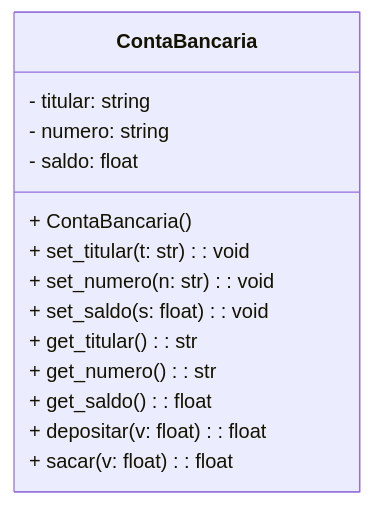
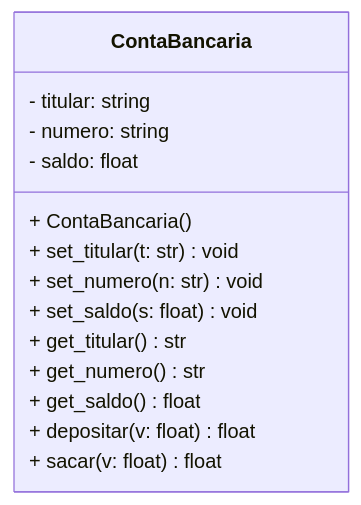
Before and after one commit to anabs-escolar/poo-atividades: the diagram in lista-poo-02/uml/03.md, drawn with Mermaid.

Commit message:
docs: corrige dois pontos

````diff
--- a/lista-poo-02/uml/03.md
+++ b/lista-poo-02/uml/03.md
@@ -3,17 +3,17 @@
 ```mermaid
 classDiagram
     class ContaBancaria {
         - titular: string
         - numero: string
         - saldo: float
         + ContaBancaria()
-        + set_titular(t: str): void
-        + set_numero(n: str): void
-        + set_saldo(s: float): void
-        + get_titular(): str
-        + get_numero(): str
-        + get_saldo(): float
-        + depositar(v: float): float
-        + sacar(v: float): float
+        + set_titular(t: str) void
+        + set_numero(n: str) void
+        + set_saldo(s: float) void
+        + get_titular() str
+        + get_numero() str
+        + get_saldo() float
+        + depositar(v: float) float
+        + sacar(v: float) float
     }
 ```
````
